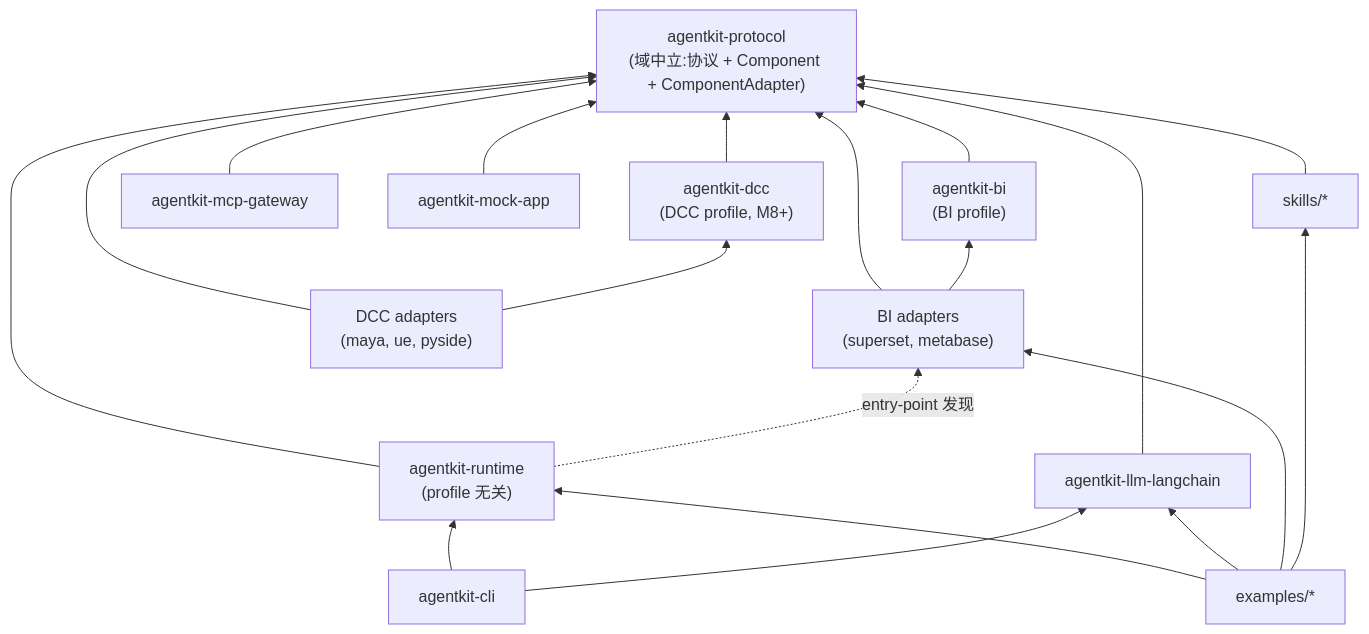
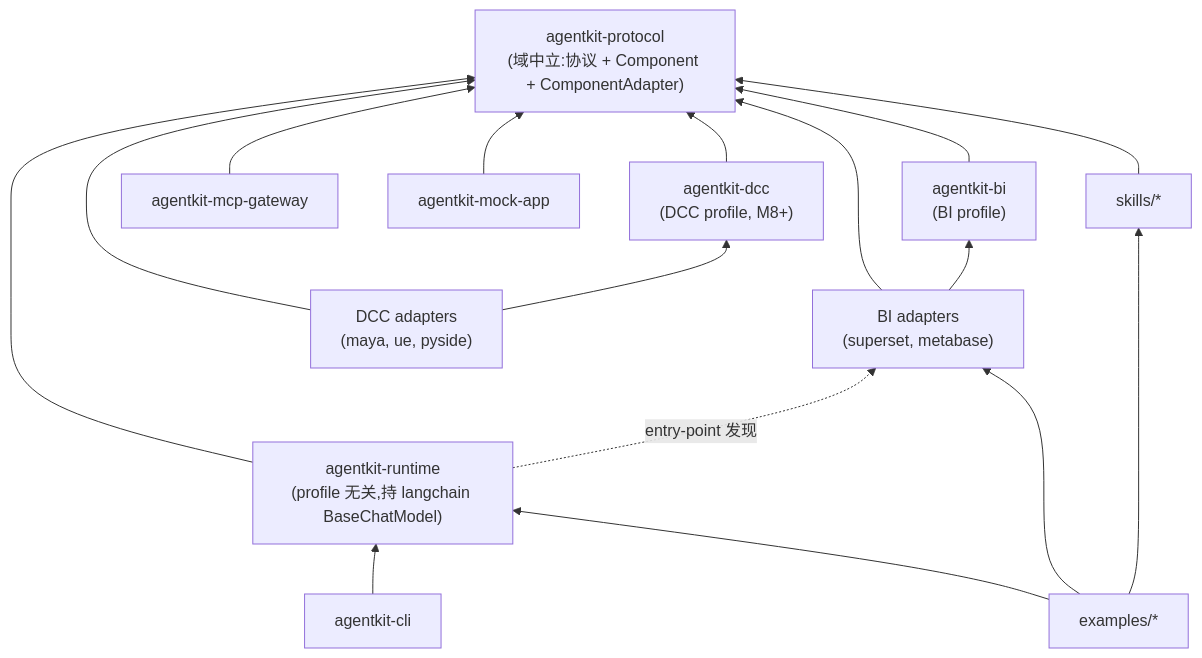
One commit to ShawnDen-coder/agentkit changed diagram 12 of 13 in agentkit-architecture.md. Above: the diagram before and after it, drawn with Mermaid. The commit also changed other lines of this file and 9 other files, not shown here.

````diff
--- a/agentkit-architecture.md
+++ b/agentkit-architecture.md
@@ -795,35 +798,31 @@
 ```mermaid
 flowchart BT
     CORE["agentkit-protocol<br/>(域中立:协议 + Component + ComponentAdapter)"]
     BI["agentkit-bi<br/>(BI profile)"]
     DCC["agentkit-dcc<br/>(DCC profile, M8+)"]
-    RT["agentkit-runtime<br/>(profile 无关)"]
-    LLM["agentkit-llm-langchain"]
+    RT["agentkit-runtime<br/>(profile 无关,持 langchain BaseChatModel)"]
     CLI["agentkit-cli"]
     MCP["agentkit-mcp-gateway"]
     MOCK["agentkit-mock-app"]
     AD_BI["BI adapters<br/>(superset, metabase)"]
     AD_DCC["DCC adapters<br/>(maya, ue, pyside)"]
     SK["skills/*"]
     EX["examples/*"]
 
     BI --> CORE
     DCC --> CORE
     RT --> CORE
-    LLM --> CORE
     MCP --> CORE
     MOCK --> CORE
     SK --> CORE
     AD_BI --> CORE
     AD_BI --> BI
     AD_DCC --> CORE
     AD_DCC --> DCC
     CLI --> RT
-    CLI --> LLM
     EX --> RT
-    EX --> LLM
     EX --> AD_BI
     EX --> SK
 
     RT -.->|entry-point 发现| AD_BI
 ```
````
